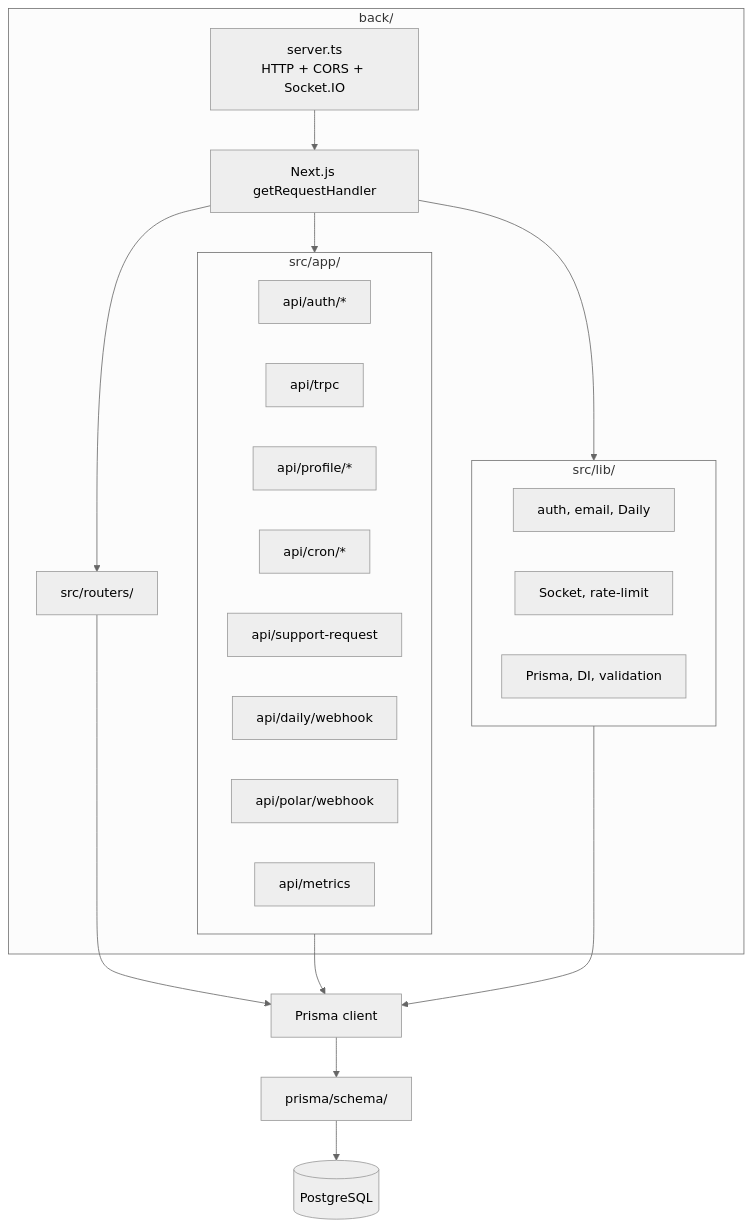
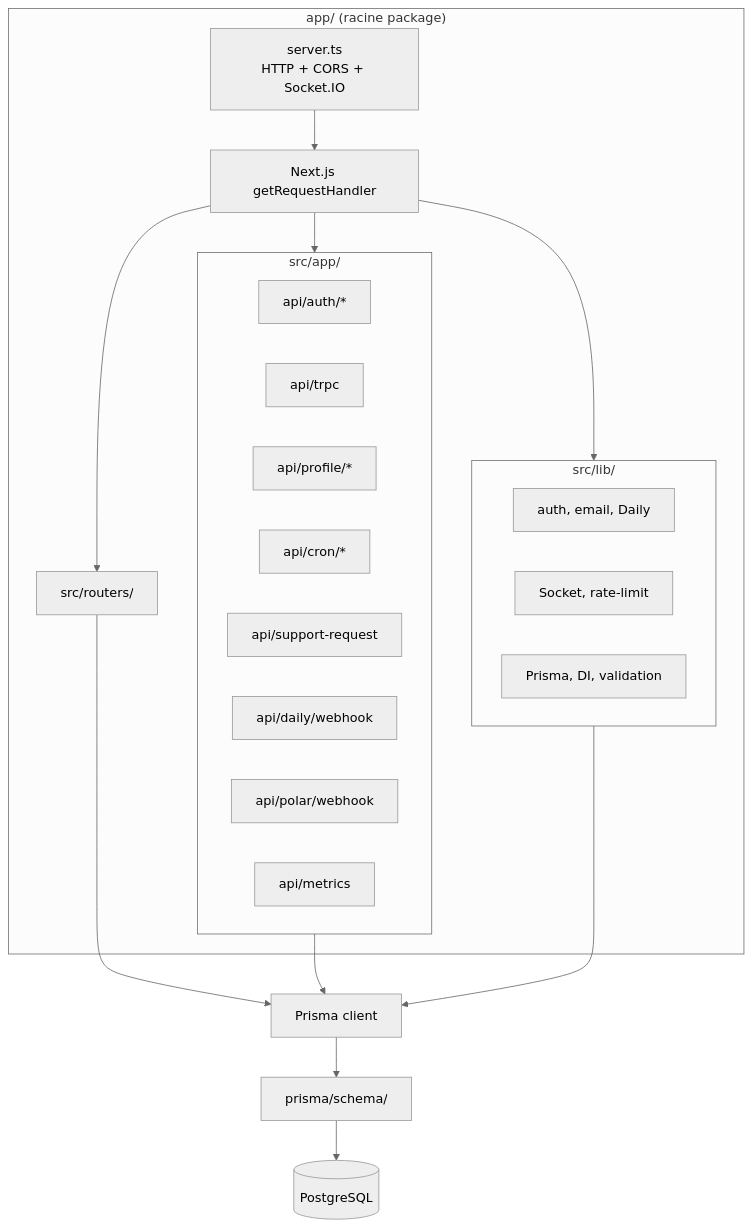
Before and after one commit to alice-444/ls_app: the third of 5 diagrams in docs/back.md, drawn with Mermaid (neutral theme). The commit also changed other lines of this file and 18 other files, not shown here.

Commit message:
docs: unified app architecture, structure, and business operations

````diff
--- a/docs/back.md
+++ b/docs/back.md
@@ -84,33 +84,33 @@
 ```mermaid
 flowchart TB
-  subgraph Racine["back/"]
+  subgraph Racine["app/ (racine package)"]
     Server["server.ts\nHTTP + CORS + Socket.IO"]
     Server --> Next[Next.js getRequestHandler]
     Next --> App["src/app/"]
     Next --> Routers["src/routers/"]
     Next --> Lib["src/lib/"]
   end
 
   subgraph App["src/app/"]
     A1[api/auth/*]
     A2[api/trpc]
     A3[api/profile/*]
     A4[api/cron/*]
     A5[api/support-request]
     A6[api/daily/webhook]
     A7[api/polar/webhook]
     A8[api/metrics]
   end
 
   subgraph Lib["src/lib/"]
     L1[auth, email, Daily]
     L2[Socket, rate-limit]
     L3[Prisma, DI, validation]
   end
 
   Routers --> Prisma[Prisma client]
   App --> Prisma
   Lib --> Prisma
   Prisma --> Schema["prisma/schema/"]
   Schema --> DB[(PostgreSQL)]
 ```
````
